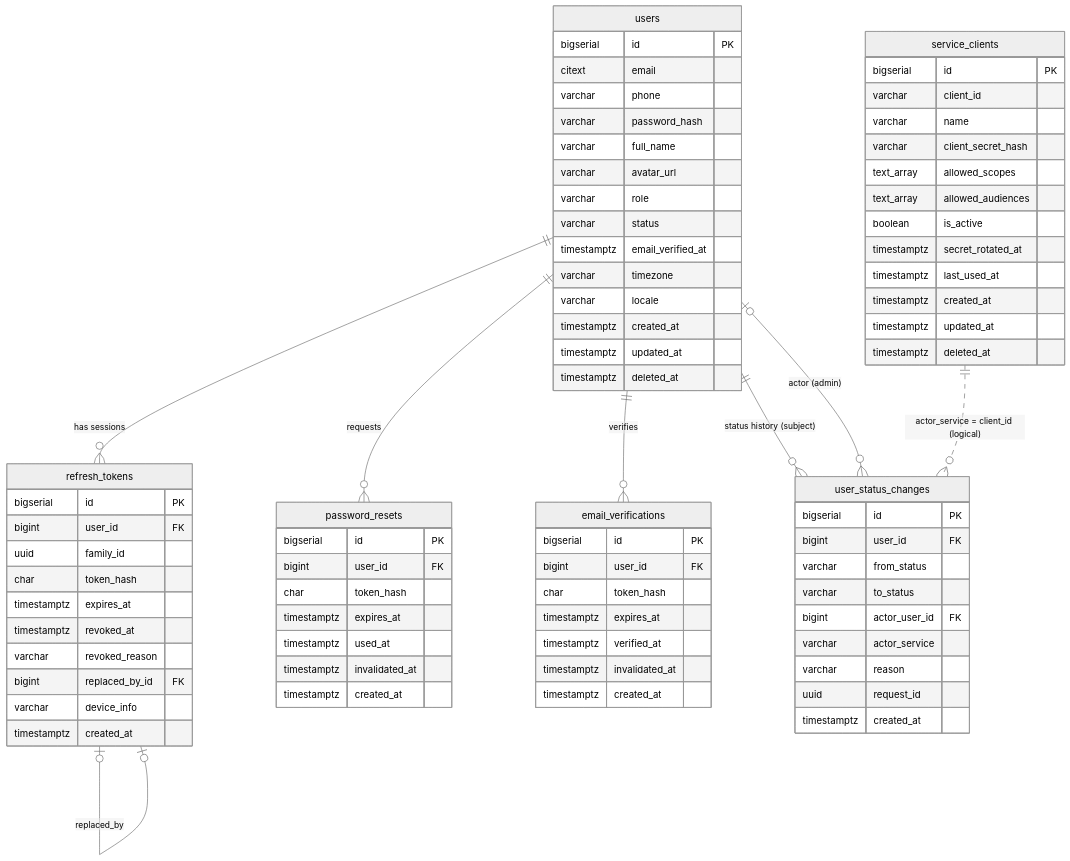
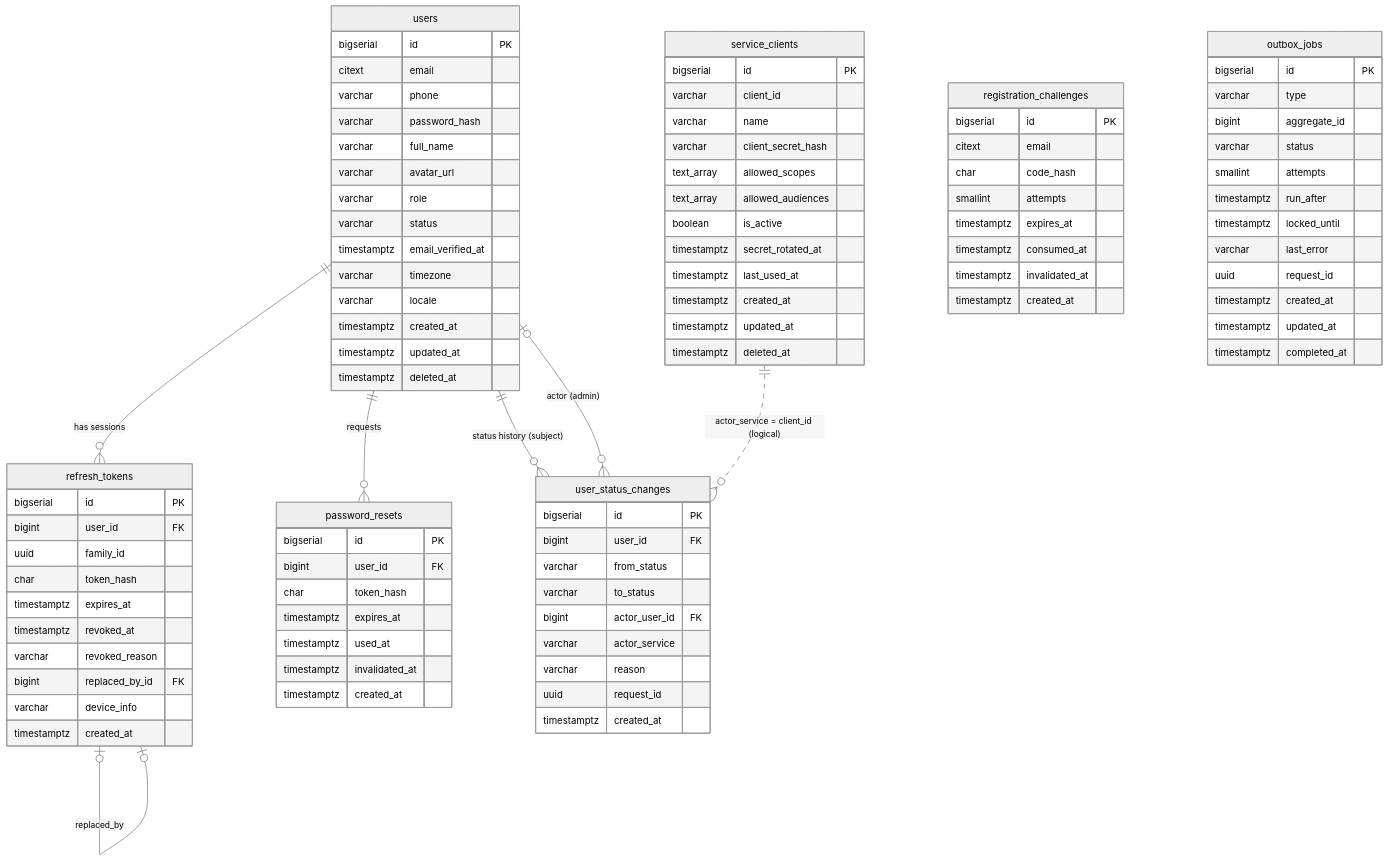
One commit to OmarRedaX/vcare-identity-api changed the diagram in docs/architecture/data-model.md. Above: the diagram before and after it, drawn with Mermaid (neutral theme). The commit also changed other lines of this file and 166 other files, not shown here.

```diff
--- a/docs/architecture/data-model.md
+++ b/docs/architecture/data-model.md
@@ -35,7 +39,7 @@
 erDiagram
     users ||--o{ refresh_tokens : "has sessions"
     users ||--o{ password_resets : "requests"
-    users ||--o{ email_verifications : "verifies"
+    %% registration_challenges (keyed by email) and outbox_jobs (aggregate_id) have no foreign keys
     users ||--o{ user_status_changes : "status history (subject)"
     users |o--o{ user_status_changes : "actor (admin)"
     refresh_tokens |o--o| refresh_tokens : "replaced_by"
@@ -78,14 +82,29 @@
         timestamptz invalidated_at
         timestamptz created_at
     }
-    email_verifications {
+    registration_challenges {
         bigserial id PK
-        bigint user_id FK
-        char token_hash
+        citext email
+        char code_hash
+        smallint attempts
         timestamptz expires_at
-        timestamptz verified_at
+        timestamptz consumed_at
         timestamptz invalidated_at
         timestamptz created_at
+    }
+    outbox_jobs {
+        bigserial id PK
+        varchar type
+        bigint aggregate_id
+        varchar status
+        smallint attempts
+        timestamptz run_after
+        timestamptz locked_until
+        varchar last_error
+        uuid request_id
+        timestamptz created_at
+        timestamptz updated_at
+        timestamptz completed_at
     }
     service_clients {
         bigserial id PK
```
